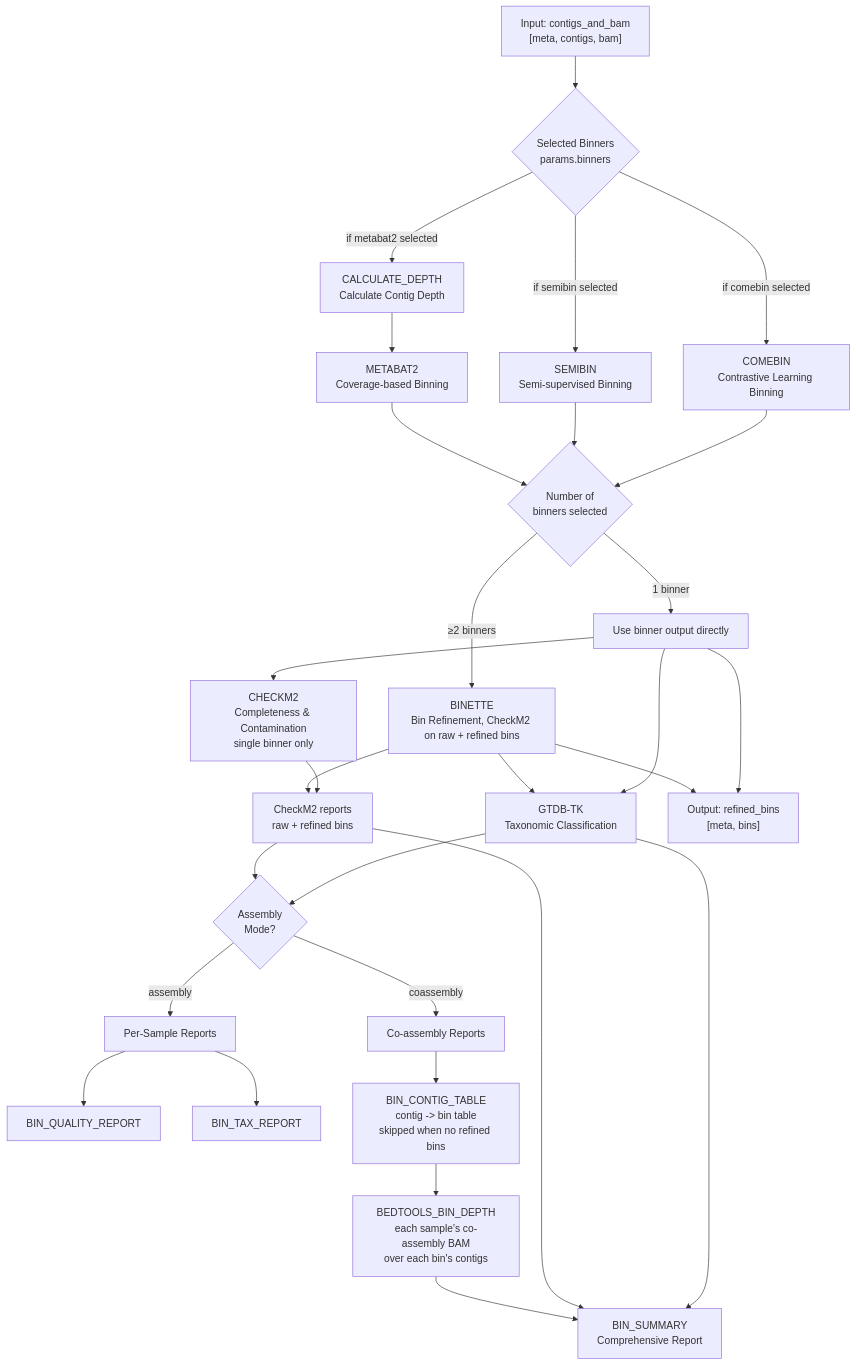
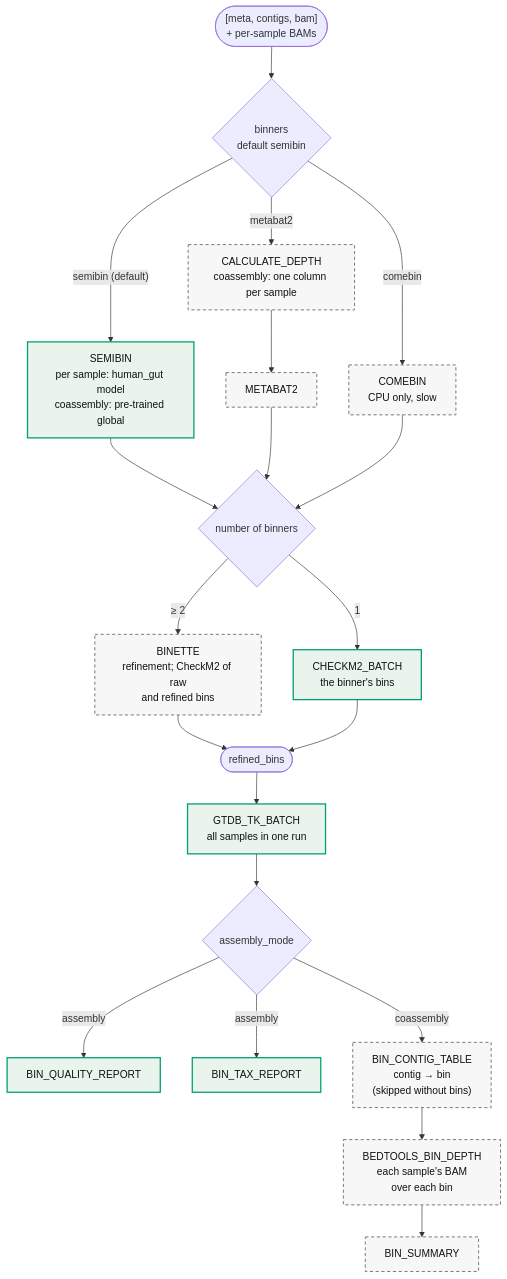
One commit to gene2dis/BugBuster changed the eighth of 13 diagrams in docs/WORKFLOW_DIAGRAM.md. Above: the diagram before and after it, drawn with Mermaid. The commit also changed other lines of this file and 2 other files, not shown here.

First line of the commit message:
docs(diagrams): bring WORKFLOW_DIAGRAM.md in step with main.nf (roadmap D1)

````diff
--- a/docs/WORKFLOW_DIAGRAM.md
+++ b/docs/WORKFLOW_DIAGRAM.md
@@ -250,44 +291,24 @@
 ```mermaid
 flowchart TD
-    Input["Input: contigs_and_bam<br/>[meta, contigs, bam]"] --> BinnerSelect{Selected Binners<br/>params.binners}
+    In(["[meta, contigs, bam]<br/>+ per-sample BAMs"]) --> Sel{binners<br/>default semibin}
+    Sel -->|"semibin (default)"| SEMIBIN["SEMIBIN<br/>per sample: human_gut model<br/>coassembly: pre-trained global"]
+    Sel -->|metabat2| CALCULATE_DEPTH["CALCULATE_DEPTH<br/>coassembly: one column per sample"] --> METABAT2
+    Sel -->|comebin| COMEBIN["COMEBIN<br/>CPU only, slow"]
 
-    BinnerSelect -->|if metabat2 selected| CalcDepth[CALCULATE_DEPTH<br/>Calculate Contig Depth]
-    CalcDepth --> MetaBAT[METABAT2<br/>Coverage-based Binning]
+    SEMIBIN & METABAT2 & COMEBIN --> N{number of binners}
+    N -->|"≥ 2"| BINETTE["BINETTE<br/>refinement; CheckM2 of raw<br/>and refined bins"]
+    N -->|1| CHECKM2_BATCH["CHECKM2_BATCH<br/>the binner's bins"]
+    BINETTE & CHECKM2_BATCH --> Bins(["refined_bins"])
+    Bins --> GTDB_TK_BATCH["GTDB_TK_BATCH<br/>all samples in one run"]
 
-    BinnerSelect -->|if semibin selected| SemiBin[SEMIBIN<br/>Semi-supervised Binning]
-    BinnerSelect -->|if comebin selected| COMEBin[COMEBIN<br/>Contrastive Learning Binning]
+    GTDB_TK_BATCH --> Mode{assembly_mode}
+    Mode -->|assembly| BIN_QUALITY_REPORT & BIN_TAX_REPORT
+    Mode -->|coassembly| BIN_CONTIG_TABLE["BIN_CONTIG_TABLE<br/>contig → bin<br/>(skipped without bins)"]
+    BIN_CONTIG_TABLE --> BEDTOOLS_BIN_DEPTH["BEDTOOLS_BIN_DEPTH<br/>each sample's BAM<br/>over each bin"]
+    BEDTOOLS_BIN_DEPTH --> BIN_SUMMARY
 
-    %% Conditional Binette
-    MetaBAT --> BinCount{Number of<br/>binners selected}
-    SemiBin --> BinCount
-    COMEBin --> BinCount
-
-    BinCount -->|≥2 binners| Binette[BINETTE<br/>Bin Refinement, CheckM2 on raw + refined bins]
-    BinCount -->|1 binner| DirectOut[Use binner output directly]
-
-    %% Quality and Taxonomy
-    DirectOut --> CheckM[CHECKM2<br/>Completeness & Contamination<br/>single binner only]
-    Binette --> Quality[CheckM2 reports<br/>raw + refined bins]
-    CheckM --> Quality
-    Binette --> GTDBTK[GTDB-TK<br/>Taxonomic Classification]
-    DirectOut --> GTDBTK
-
-    %% Mode-specific reporting
-    Quality --> ModeCheck{Assembly<br/>Mode?}
-    GTDBTK --> ModeCheck
-
-    ModeCheck -->|assembly| AssemblyReports[Per-Sample Reports]
-    AssemblyReports --> QualReport[BIN_QUALITY_REPORT]
-    AssemblyReports --> TaxReport[BIN_TAX_REPORT]
-
-    ModeCheck -->|coassembly| CoassemblyReports[Co-assembly Reports]
-    CoassemblyReports --> BinCov["BIN_CONTIG_TABLE<br/>contig -> bin table<br/>skipped when no refined bins"]
-    BinCov --> Bedtools["BEDTOOLS_BIN_DEPTH<br/>each sample's co-assembly BAM<br/>over each bin's contigs"]
-    Bedtools --> Summary[BIN_SUMMARY<br/>Comprehensive Report]
-    Quality --> Summary
-    GTDBTK --> Summary
-
-    %% Output
-    Binette --> Output["Output: refined_bins<br/>[meta, bins]"]
-    DirectOut --> Output
+    classDef on fill:#E8F4EC,stroke:#009E73,stroke-width:2px,color:#111
+    classDef opt fill:#F7F7F7,stroke:#777,stroke-width:1.5px,stroke-dasharray:5 4,color:#111
+    class SEMIBIN,CHECKM2_BATCH,GTDB_TK_BATCH,BIN_QUALITY_REPORT,BIN_TAX_REPORT on
+    class CALCULATE_DEPTH,METABAT2,COMEBIN,BINETTE,BIN_CONTIG_TABLE,BEDTOOLS_BIN_DEPTH,BIN_SUMMARY opt
 ```
````
